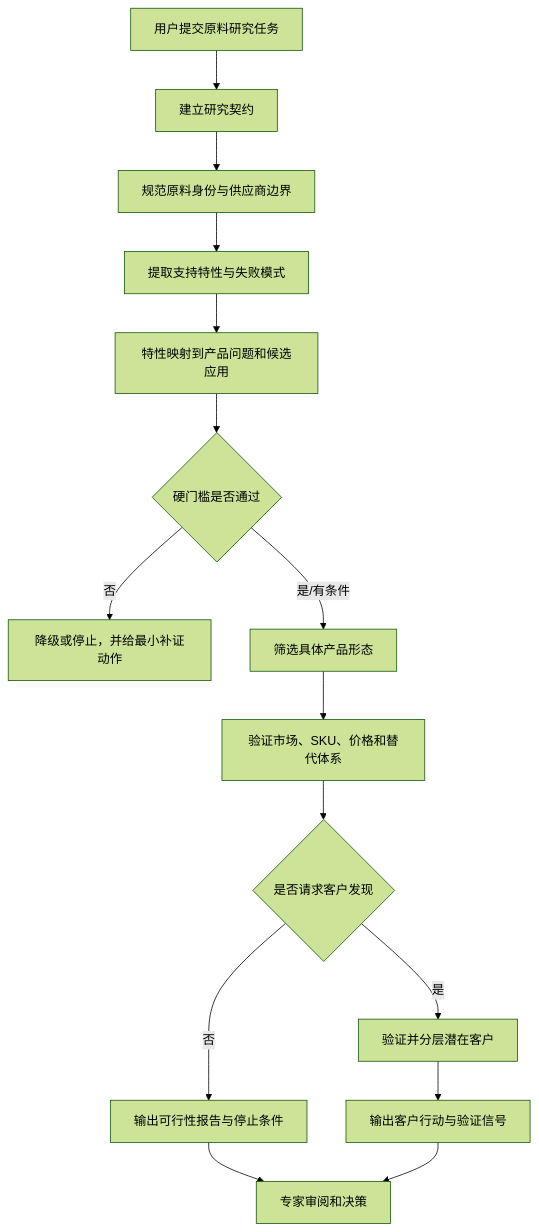
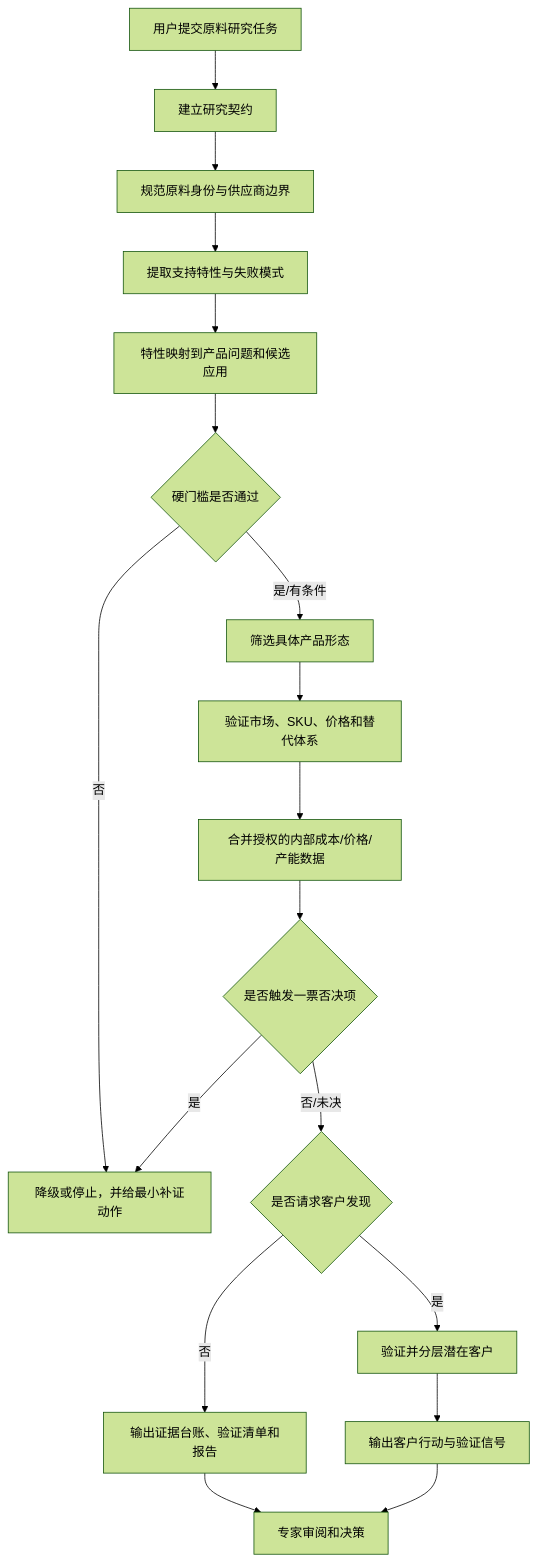
Before and after one commit to sherrywong0512/ingredient-opportunity-research: the diagram in docs/PRD.md, drawn with Mermaid (forest theme). The commit also changed other lines of this file and 3 other files, not shown here.

````diff
--- a/docs/PRD.md
+++ b/docs/PRD.md
@@ -133,17 +167,20 @@
 ```mermaid
 flowchart TD
     A[用户提交原料研究任务] --> B[建立研究契约]
     B --> C[规范原料身份与供应商边界]
     C --> D[提取支持特性与失败模式]
     D --> E[特性映射到产品问题和候选应用]
     E --> F{硬门槛是否通过}
     F -- 否 --> G[降级或停止，并给最小补证动作]
     F -- 是/有条件 --> H[筛选具体产品形态]
     H --> I[验证市场、SKU、价格和替代体系]
-    I --> J{是否请求客户发现}
-    J -- 否 --> K[输出可行性报告与停止条件]
+    I --> O[合并授权的内部成本/价格/产能数据]
+    O --> P{是否触发一票否决项}
+    P -- 是 --> G
+    P -- 否/未决 --> J{是否请求客户发现}
+    J -- 否 --> K[输出证据台账、验证清单和报告]
     J -- 是 --> L[验证并分层潜在客户]
     L --> M[输出客户行动与验证信号]
     K --> N[专家审阅和决策]
     M --> N
 ```
````
